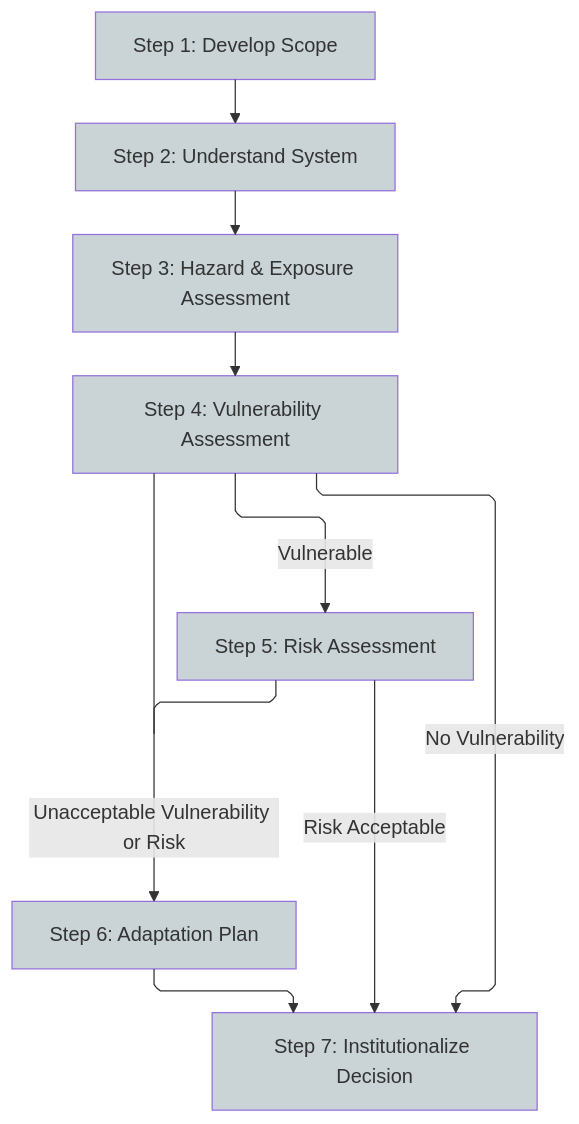
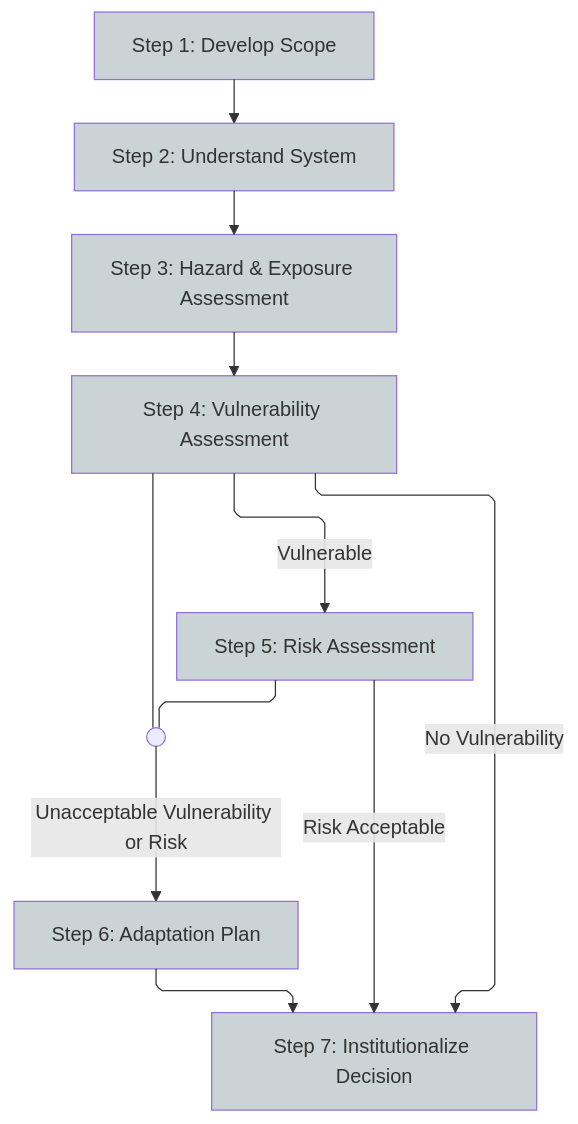
One commit to Ouranosinc/energy_climate_data_guide changed the diagram in ecdg_report/adaptation/Adaptation.qmd. Above: the diagram before and after it, drawn with Mermaid. The commit also changed 2 other files, not shown here.

Commit message:
Fixed flow chart in Adaptation; repair references in model_integration

````diff
--- a/ecdg_report/adaptation/Adaptation.qmd
+++ b/ecdg_report/adaptation/Adaptation.qmd
@@ -80,25 +80,26 @@
 ```{mermaid}
 %%| fig-align: center
 %%| fig-cap: "Generic Workflow for Adaptation"
 ---
 config:
     flowchart:
         curve: linear
 ---
 flowchart-elk TD
     A[Step 1: Develop Scope]:::basic --> B[Step 2: Understand System]:::basic
     B --> C[Step 3: Hazard & Exposure Assessment]:::basic
     C --> D[Step 4: Vulnerability Assessment]:::basic
     H[Step 7: Institutionalize Decision]:::basic
     D --> |No Vulnerability| H
     D --> |Vulnerable| E[Step 5: Risk Assessment]:::basic
     F[Step 6: Adaptation Plan]:::basic
-    D & E --- J1[ ]:::join
+    E --- J1
+    D --- J1(( )):::join
     J1 --> |Unacceptable Vulnerability or Risk| F
     E --> |Risk Acceptable| H
     F --> H
 
     classDef basic fill:#CAD4D6
     classDef focus fill:#CAD4D6, stroke:#CE153D, color:#CE153D
     classDef join height:0px
 ```
````
